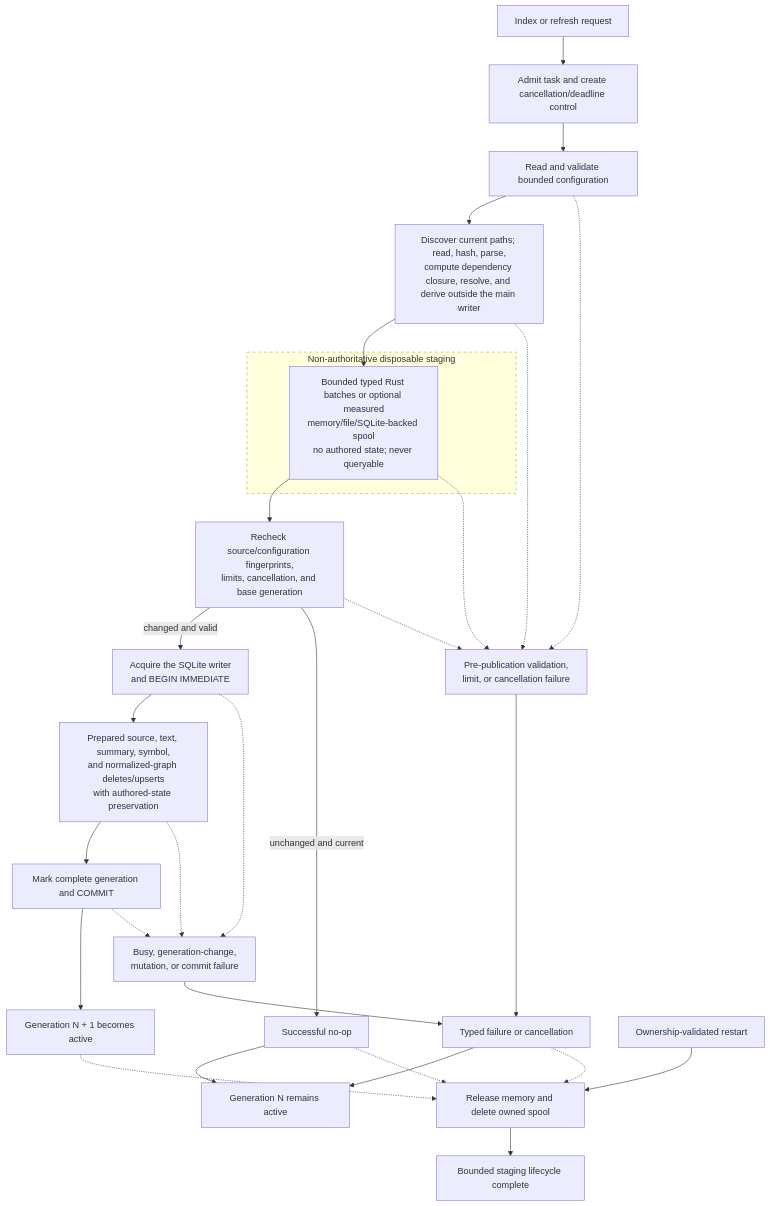
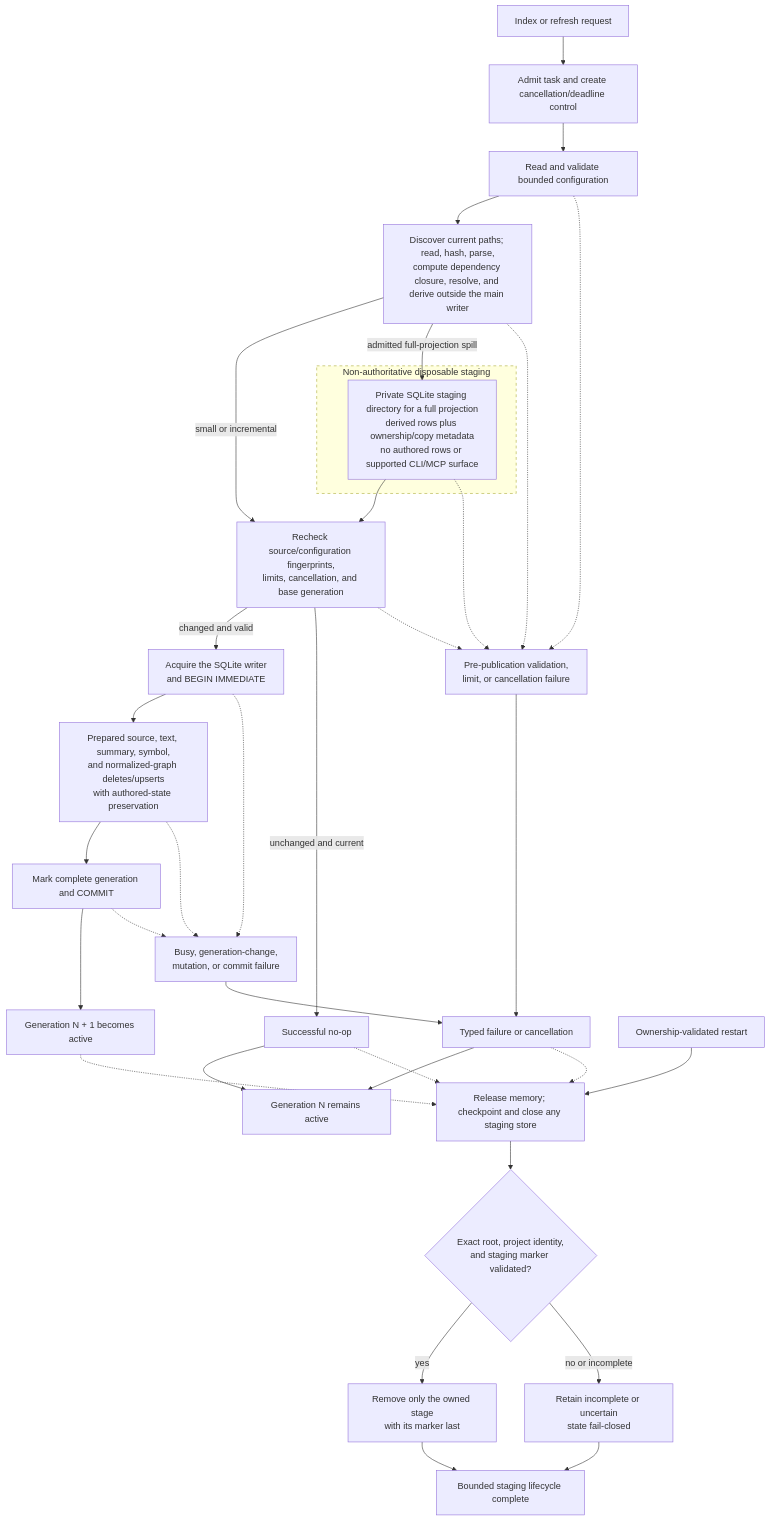
Before and after one commit to styler-ai/ProjectAtlas: diagram 11 of 27 in docs/projectatlas-3-architecture.md, drawn with Mermaid. The commit also changed other lines of this file and 13 other files, not shown here.

Commit message:
docs(architecture): reconcile final v0.4 design (#308)

````diff
--- a/docs/projectatlas-3-architecture.md
+++ b/docs/projectatlas-3-architecture.md
@@ -962,42 +966,50 @@
 ```mermaid
 flowchart TB
     Request[Index or refresh request]
     Admit[Admit task and create cancellation/deadline control]
     Inputs[Read and validate bounded configuration]
     Build[Discover current paths; read, hash, parse,<br/>compute dependency closure, resolve, and derive outside the main writer]
     subgraph Transient[Non-authoritative disposable staging]
-        Stage[Bounded typed Rust batches or optional measured<br/>memory/file/SQLite-backed spool<br/>no authored state; never queryable]
+        Stage[Private SQLite staging directory for a full projection<br/>derived rows plus ownership/copy metadata<br/>no authored rows or supported CLI/MCP surface]
     end
     Recheck[Recheck source/configuration fingerprints,<br/>limits, cancellation, and base generation]
     Begin[Acquire the SQLite writer<br/>and BEGIN IMMEDIATE]
     Apply[Prepared source, text, summary, symbol,<br/>and normalized-graph deletes/upserts<br/>with authored-state preservation]
     Commit[Mark complete generation and COMMIT]
     NoChange[Successful no-op]
     Next[Generation N + 1 becomes active]
     Prior[Generation N remains active]
     Fail[Typed failure or cancellation]
     PrewriteFailure[Pre-publication validation,<br/>limit, or cancellation failure]
     WriteFailure[Busy, generation-change,<br/>mutation, or commit failure]
     Restart[Ownership-validated restart]
-    Cleanup[Release memory and delete owned spool]
+    Cleanup[Release memory; checkpoint and close any staging store]
+    CleanupOwnership{Exact root, project identity,<br/>and staging marker validated?}
+    RemoveStage[Remove only the owned stage<br/>with its marker last]
+    RetainStage[Retain incomplete or uncertain<br/>state fail-closed]
     Lifecycle[Bounded staging lifecycle complete]
 
-    Request --> Admit --> Inputs --> Build --> Stage --> Recheck
+    Request --> Admit --> Inputs --> Build
+    Build -->|small or incremental| Recheck
+    Build -->|admitted full-projection spill| Stage --> Recheck
     Recheck -->|changed and valid| Begin --> Apply --> Commit --> Next
     Recheck -->|unchanged and current| NoChange --> Prior
     Inputs -.-> PrewriteFailure
     Build -.-> PrewriteFailure
     Stage -.-> PrewriteFailure
     Recheck -.-> PrewriteFailure
     PrewriteFailure --> Fail
     Begin -.-> WriteFailure
     Apply -.-> WriteFailure
     Commit -.-> WriteFailure
     WriteFailure --> Fail
     Fail --> Prior
     Next -.-> Cleanup
     NoChange -.-> Cleanup
     Fail -.-> Cleanup
-    Restart --> Cleanup --> Lifecycle
+    Restart --> Cleanup
+    Cleanup --> CleanupOwnership
+    CleanupOwnership -->|yes| RemoveStage --> Lifecycle
+    CleanupOwnership -->|no or incomplete| RetainStage --> Lifecycle
     style Transient stroke-dasharray: 5 5
 ```
````
